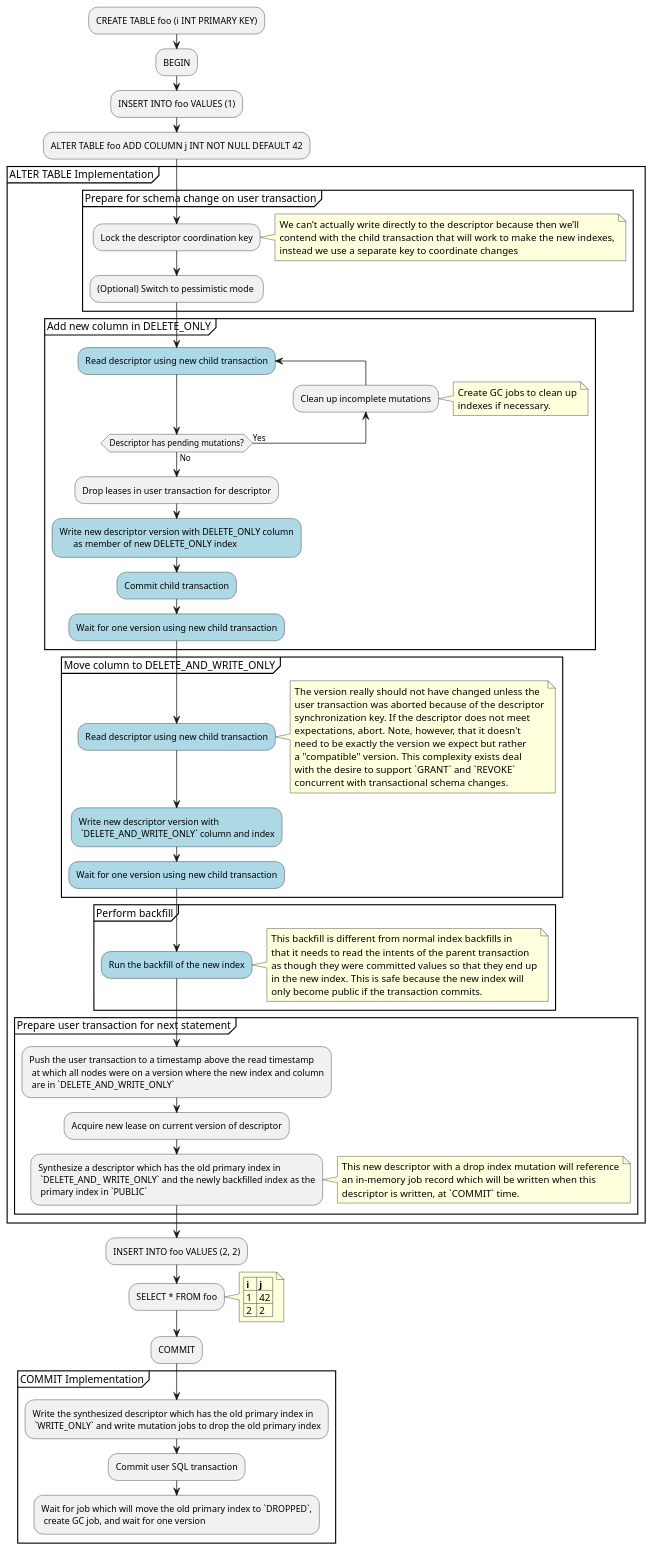
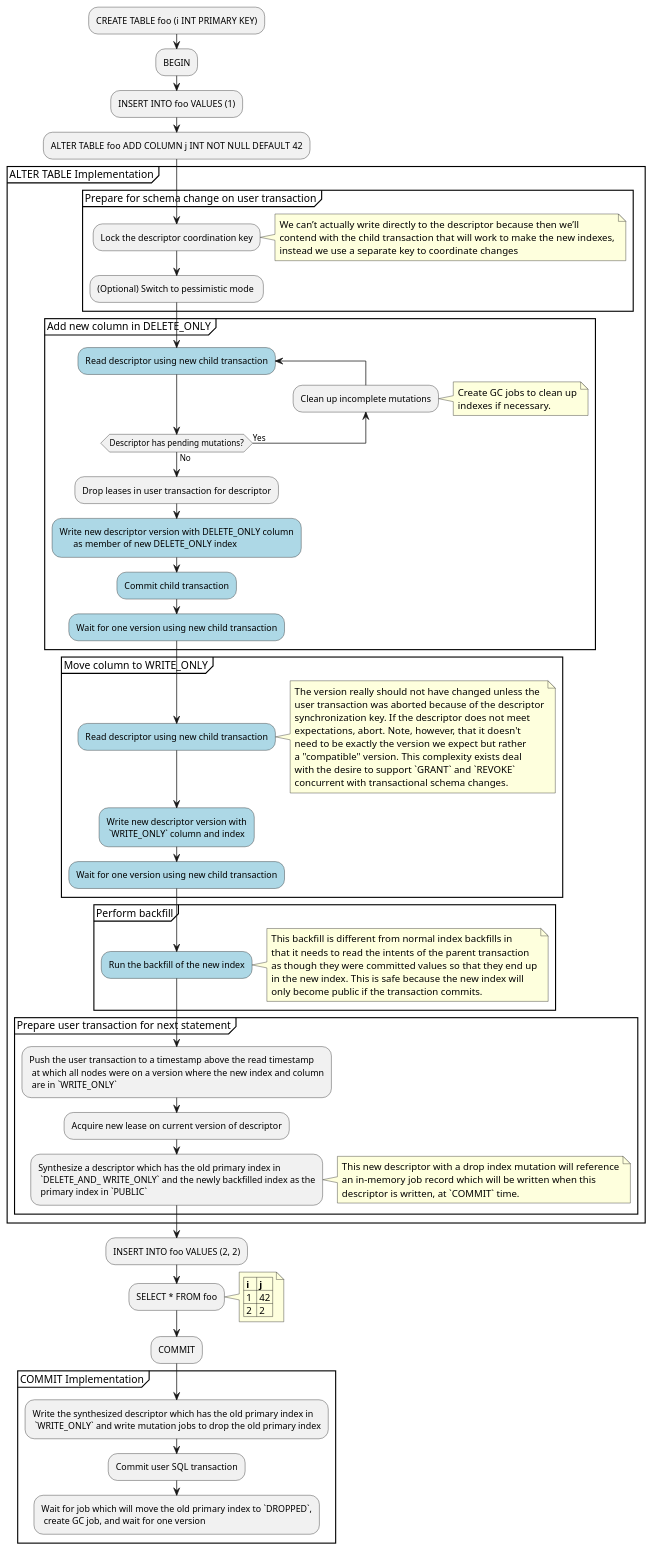
The first of 2 diagrams in docs/RFCS/20200909_transactional_schema_changes.md (cockroachdb/cockroach), drawn with PlantUML before and after one commit. The commit also changed other lines of this file and 362 other files, not shown here.

First line of the commit message:
*: audit operation names in new schema changer

```diff
--- a/docs/RFCS/20200909_transactional_schema_changes.md
+++ b/docs/RFCS/20200909_transactional_schema_changes.md
@@ -648,7 +648,7 @@
        #LightBlue:Commit child transaction;
        #LightBlue:Wait for one version using new child transaction;
    }
-   partition "Move column to DELETE_AND_WRITE_ONLY" {
+   partition "Move column to WRITE_ONLY" {
        #LightBlue:Read descriptor using new child transaction;
        note right
           The version really should not have changed unless the
@@ -661,7 +661,7 @@
           concurrent with transactional schema changes.
        end note
        #LightBlue:Write new descriptor version with
-        `DELETE_AND_WRITE_ONLY` column and index;
+        `WRITE_ONLY` column and index;
        #LightBlue:Wait for one version using new child transaction;
    }
    partition "Perform backfill" {
@@ -677,7 +677,7 @@
    partition "Prepare user transaction for next statement" {
        :Push the user transaction to a timestamp above the read timestamp
         at which all nodes were on a version where the new index and column
-        are in `DELETE_AND_WRITE_ONLY`;
+        are in `WRITE_ONLY`;
        :Acquire new lease on current version of descriptor;
        :Synthesize a descriptor which has the old primary index in
         `DELETE_AND_ WRITE_ONLY` and the newly backfilled index as the
```
